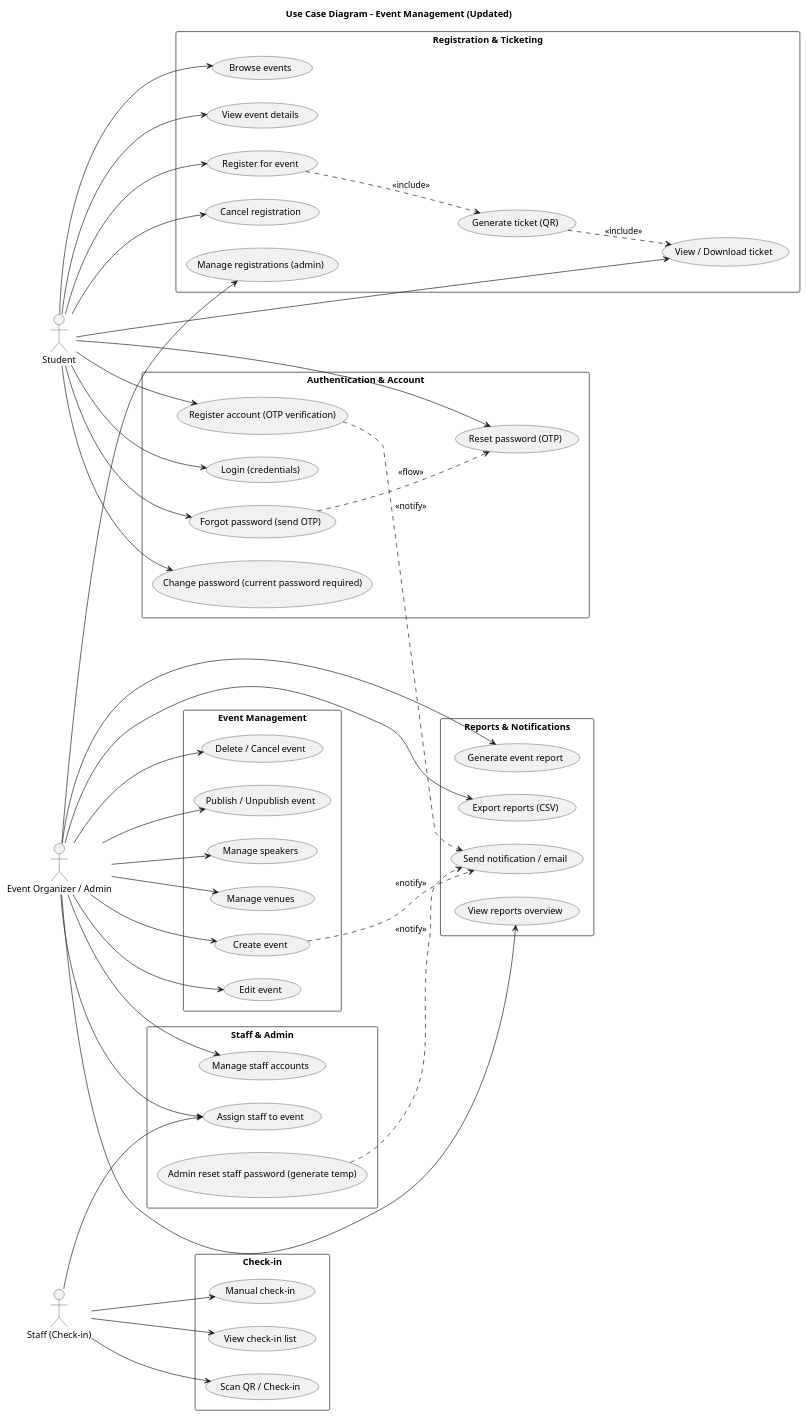
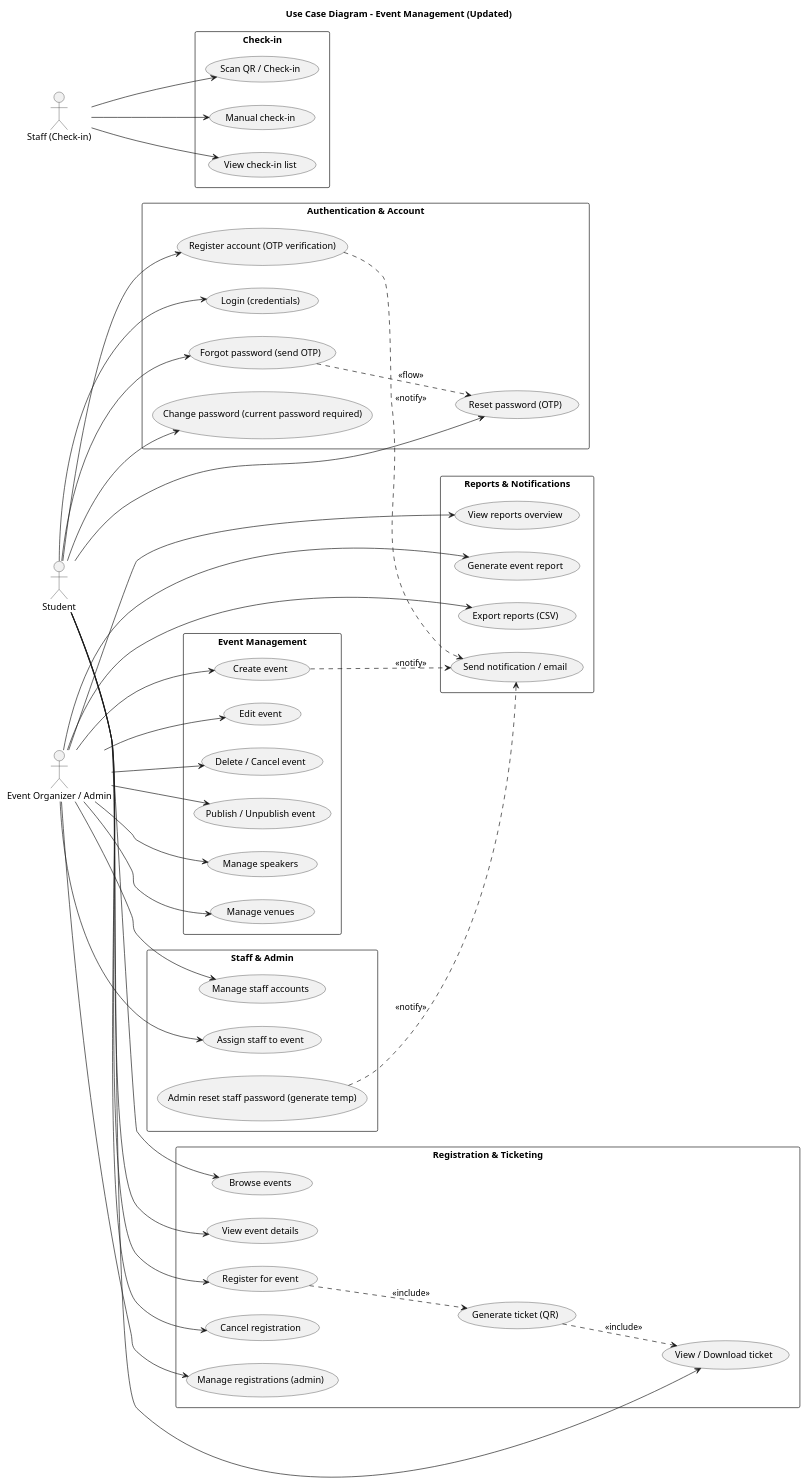
Before and after one commit to thaitranqq/Event_Management: the diagram in DOCUMENTATION/diagrams/usecases_updated.puml, drawn with PlantUML. The commit also changed 3 other files, not shown here.

Commit message:
docs(diagrams): remove Staff self-assign relation; clarify only Organizer/Admin can assign

```diff
--- a/DOCUMENTATION/diagrams/usecases_updated.puml
+++ b/DOCUMENTATION/diagrams/usecases_updated.puml
@@ -1,96 +1,95 @@
 @startuml
 left to right direction
 skinparam handwritten false
 title Use Case Diagram - Event Management (Updated)
 
 actor "Student" as Student
 actor "Event Organizer / Admin" as Organizer
 actor "Staff (Check-in)" as Staff
 
 rectangle "Authentication & Account" {
   usecase "Register account (OTP verification)" as UC_Register
   usecase "Login (credentials)" as UC_Login
   usecase "Forgot password (send OTP)" as UC_Forgot
   usecase "Reset password (OTP)" as UC_Reset
   usecase "Change password (current password required)" as UC_Change
 }
 
 rectangle "Event Management" {
   usecase "Create event" as UC_CreateEvent
   usecase "Edit event" as UC_EditEvent
   usecase "Delete / Cancel event" as UC_DeleteEvent
   usecase "Publish / Unpublish event" as UC_PublishEvent
   usecase "Manage speakers" as UC_ManageSpeakers
   usecase "Manage venues" as UC_ManageVenues
 }
 
 rectangle "Registration & Ticketing" {
   usecase "Browse events" as UC_Browse
   usecase "View event details" as UC_ViewEvent
   usecase "Register for event" as UC_RegisterEvent
   usecase "Generate ticket (QR)" as UC_GenerateTicket
   usecase "View / Download ticket" as UC_ViewTicket
   usecase "Cancel registration" as UC_CancelRegistration
   usecase "Manage registrations (admin)" as UC_ManageRegistrations
 }
 
 rectangle "Check-in" {
   usecase "Scan QR / Check-in" as UC_CheckinQR
   usecase "Manual check-in" as UC_CheckinManual
   usecase "View check-in list" as UC_ViewCheckins
 }
 
 rectangle "Staff & Admin" {
   usecase "Manage staff accounts" as UC_ManageStaff
   usecase "Assign staff to event" as UC_AssignStaff
   usecase "Admin reset staff password (generate temp)" as UC_AdminResetStaff
 }
 
 rectangle "Reports & Notifications" {
   usecase "View reports overview" as UC_Reports
   usecase "Generate event report" as UC_GenerateReport
   usecase "Export reports (CSV)" as UC_Export
   usecase "Send notification / email" as UC_Notify
 }
 
 ' Actor relationships
 Student --> UC_Register
 Student --> UC_Login
 Student --> UC_Forgot
 Student --> UC_Reset
 Student --> UC_Change
 Student --> UC_Browse
 Student --> UC_ViewEvent
 Student --> UC_RegisterEvent
 Student --> UC_ViewTicket
 Student --> UC_CancelRegistration
 
 Organizer --> UC_CreateEvent
 Organizer --> UC_EditEvent
 Organizer --> UC_DeleteEvent
 Organizer --> UC_PublishEvent
 Organizer --> UC_ManageSpeakers
 Organizer --> UC_ManageVenues
 Organizer --> UC_ManageRegistrations
 Organizer --> UC_ManageStaff
 Organizer --> UC_AssignStaff
 Organizer --> UC_Reports
 Organizer --> UC_GenerateReport
 Organizer --> UC_Export
 
 Staff --> UC_CheckinQR
 Staff --> UC_CheckinManual
 Staff --> UC_ViewCheckins
-Staff --> UC_AssignStaff
 
 ' Include / extend relationships
 UC_RegisterEvent ..> UC_GenerateTicket : <<include>>
 UC_GenerateTicket ..> UC_ViewTicket : <<include>>
 UC_Forgot ..> UC_Reset : <<flow>>
 UC_AdminResetStaff ..> UC_Notify : <<notify>>
 UC_Register ..> UC_Notify : <<notify>>
 UC_CreateEvent ..> UC_Notify : <<notify>>
 
  ' notes removed per request
 
 @enduml
```
